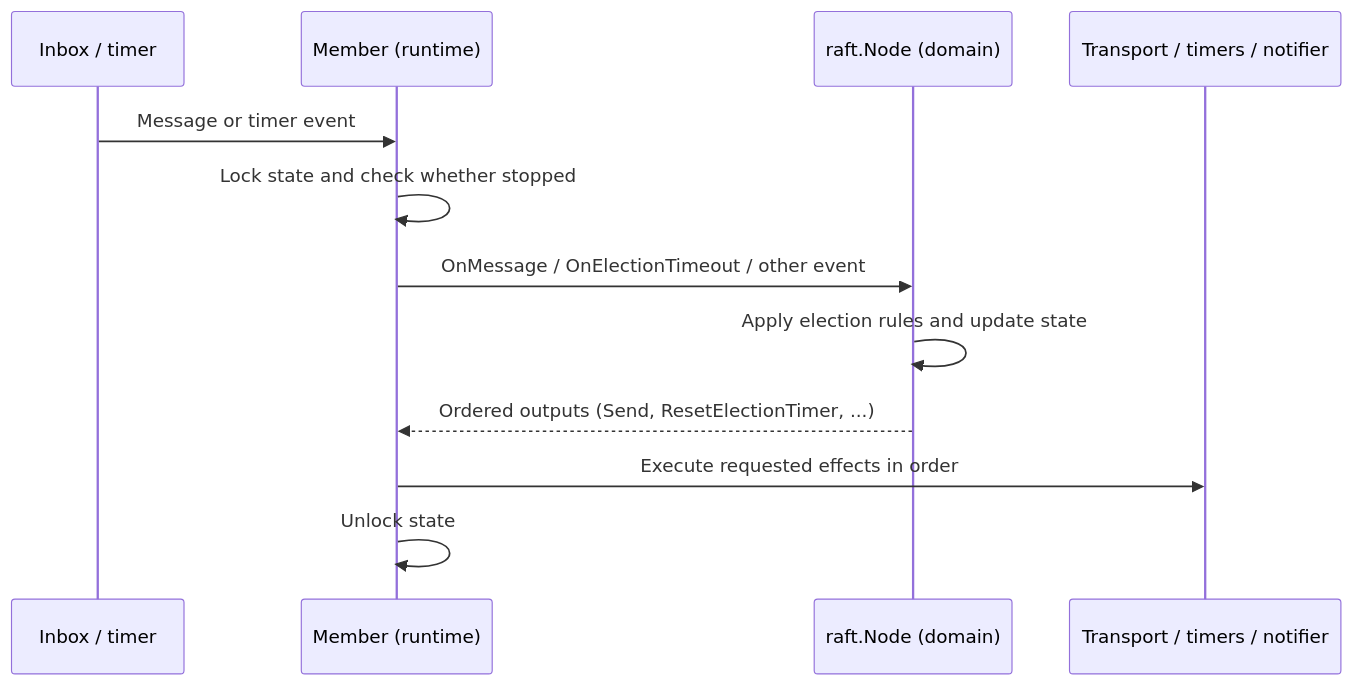
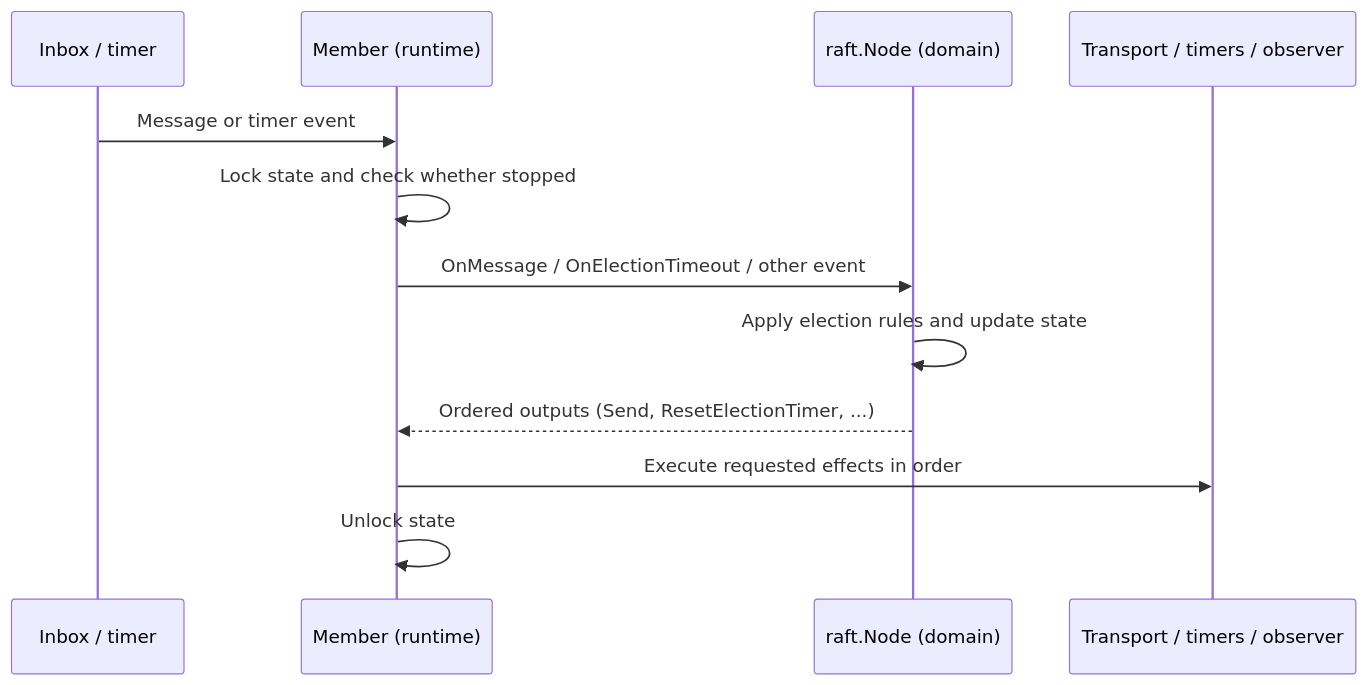
The second of 2 diagrams in readme.md (yusaanthya/quorum-election-simulator), drawn with Mermaid before and after one commit. The commit also changed other lines of this file, not shown here.

````diff
--- a/readme.md
+++ b/readme.md
@@ -196,14 +194,14 @@
 ```mermaid
 sequenceDiagram
     participant E as Inbox / timer
     participant M as Member (runtime)
     participant N as raft.Node (domain)
-    participant IO as Transport / timers / notifier
+    participant IO as Transport / timers / observer
     E->>M: Message or timer event
     M->>M: Lock state and check whether stopped
     M->>N: OnMessage / OnElectionTimeout / other event
     N->>N: Apply election rules and update state
     N-->>M: Ordered outputs (Send, ResetElectionTimer, ...)
     M->>IO: Execute requested effects in order
     M->>M: Unlock state
 ```
````
